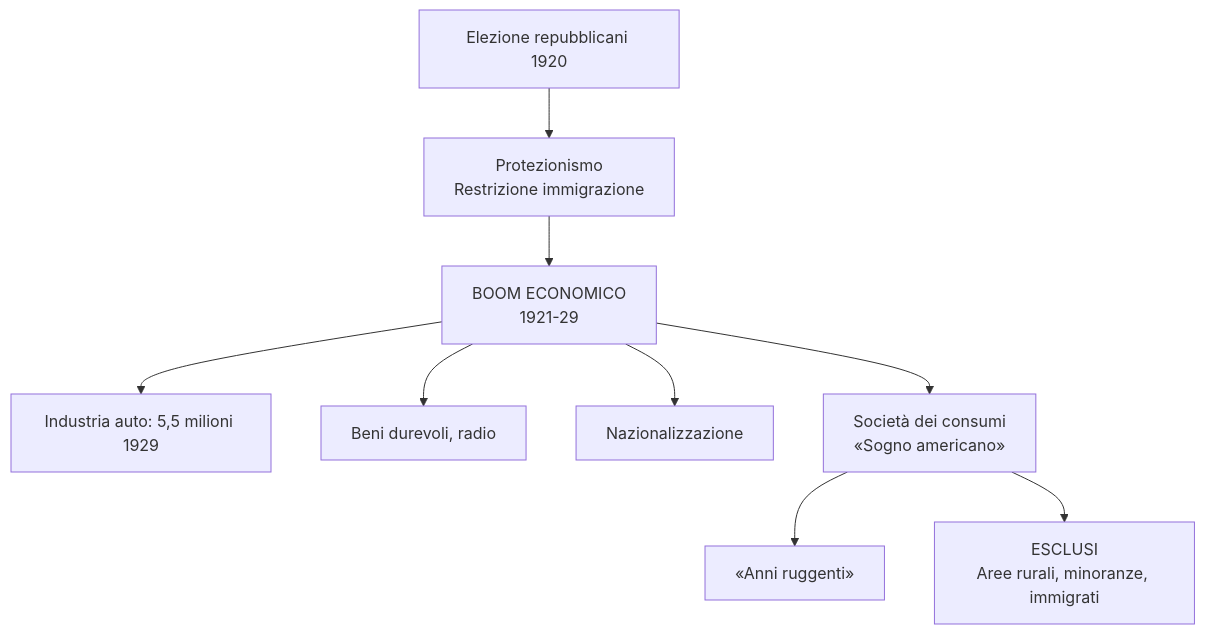
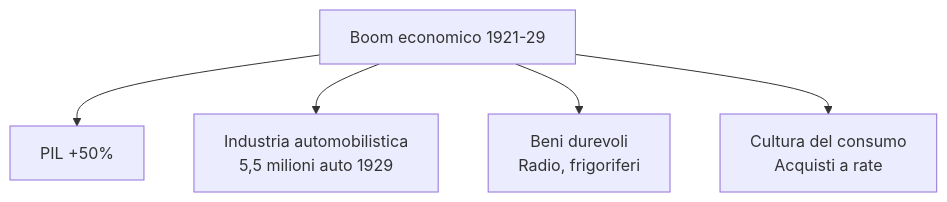
The third of 8 diagrams in storia/materiale/studio/capitolo_3.10_studio_riassunto.md (riccardo-algorime/appunti-5Bsa), drawn with Mermaid before and after one commit. The commit also changed other lines of this file and 5 other files, not shown here.

````diff
--- a/storia/materiale/studio/capitolo_3.10_studio_riassunto.md
+++ b/storia/materiale/studio/capitolo_3.10_studio_riassunto.md
@@ -74,11 +67,7 @@
 ```mermaid
 flowchart TD
-    A[Elezione repubblicani 1920] --> B[Protezionismo<br/>Restrizione immigrazione]
-    B --> C[BOOM ECONOMICO<br/>1921-29]
-    C --> D[Industria auto: 5,5 milioni 1929]
-    C --> E[Beni durevoli, radio]
-    C --> F[Nazionalizzazione]
-    C --> G[Società dei consumi<br/>«Sogno americano»]
-    G --> H[«Anni ruggenti»]
-    G --> I[ESCLUSI<br/>Aree rurali, minoranze, immigrati]
+    A[Boom economico 1921-29] --> B[PIL +50%]
+    A --> C[Industria automobilistica<br/>5,5 milioni auto 1929]
+    A --> D[Beni durevoli<br/>Radio, frigoriferi]
+    A --> E[Cultura del consumo<br/>Acquisti a rate]
 ```
````
